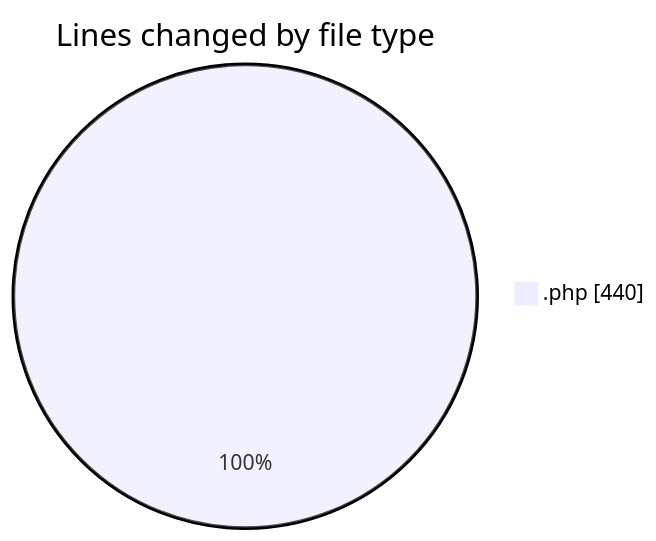
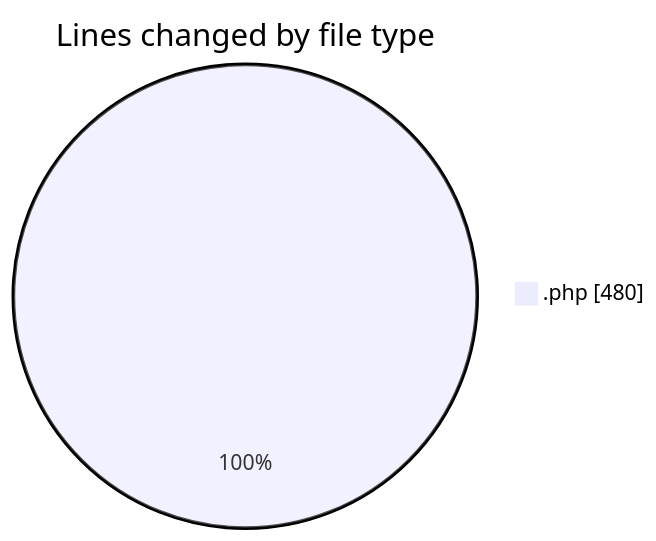
Before and after one commit to LanceThiago/code-tracking: the first of 2 diagrams in 2025-07-02/web/README.md, drawn with Mermaid. The commit also changed other lines of this file and 1 other file, not shown here.

````diff
--- a/2025-07-02/web/README.md
+++ b/2025-07-02/web/README.md
@@ -20,5 +20,5 @@
 ```mermaid
 pie showData
 title Lines changed by file type
-".php" : 440
+".php" : 480
 ```
````
